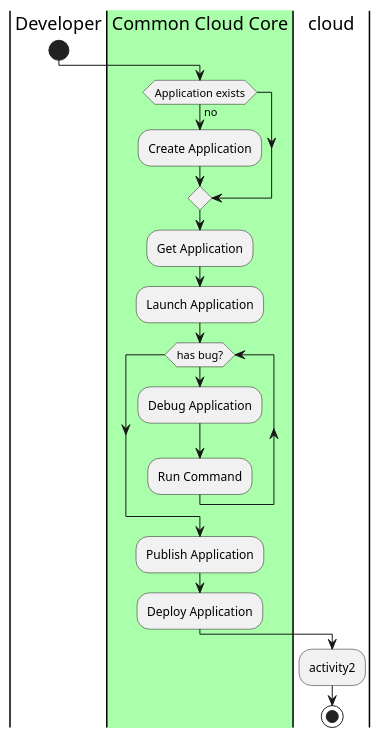
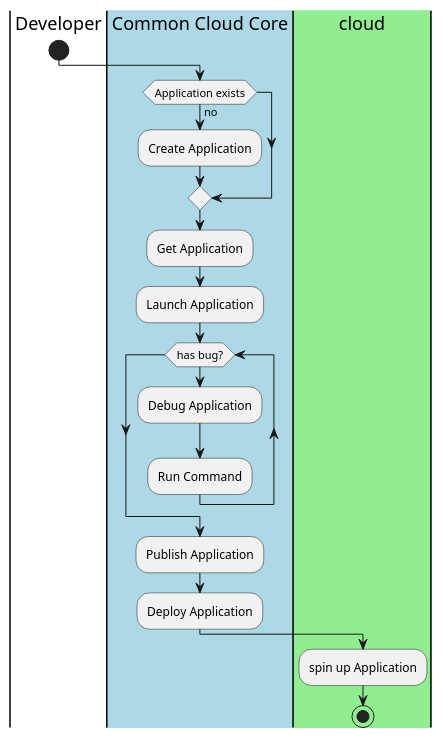
One commit to CAADE/C3 changed the diagram in docs/UseCases/Manage-Applications/Activities.puml. Above: the diagram before and after it, drawn with PlantUML. The commit also changed 252 other files, not shown here.

```diff
--- a/docs/UseCases/Manage-Applications/Activities.puml
+++ b/docs/UseCases/Manage-Applications/Activities.puml
@@ -1,19 +1,19 @@
 @startuml
 |Developer|
 start
-|#aaffaa|Common Cloud Core|
+|#lightblue|Common Cloud Core|
 if(Application exists) then (no)
 :Create Application;
 endif
 :Get Application;
 :Launch Application;
 while(has bug?)
 :Debug Application;
 :Run Command;
 endwhile
 :Publish Application;
 :Deploy Application;
-|cloud|
-:activity2;
+|#lightgreen|cloud|
+:spin up Application;
 stop
 @enduml
```
